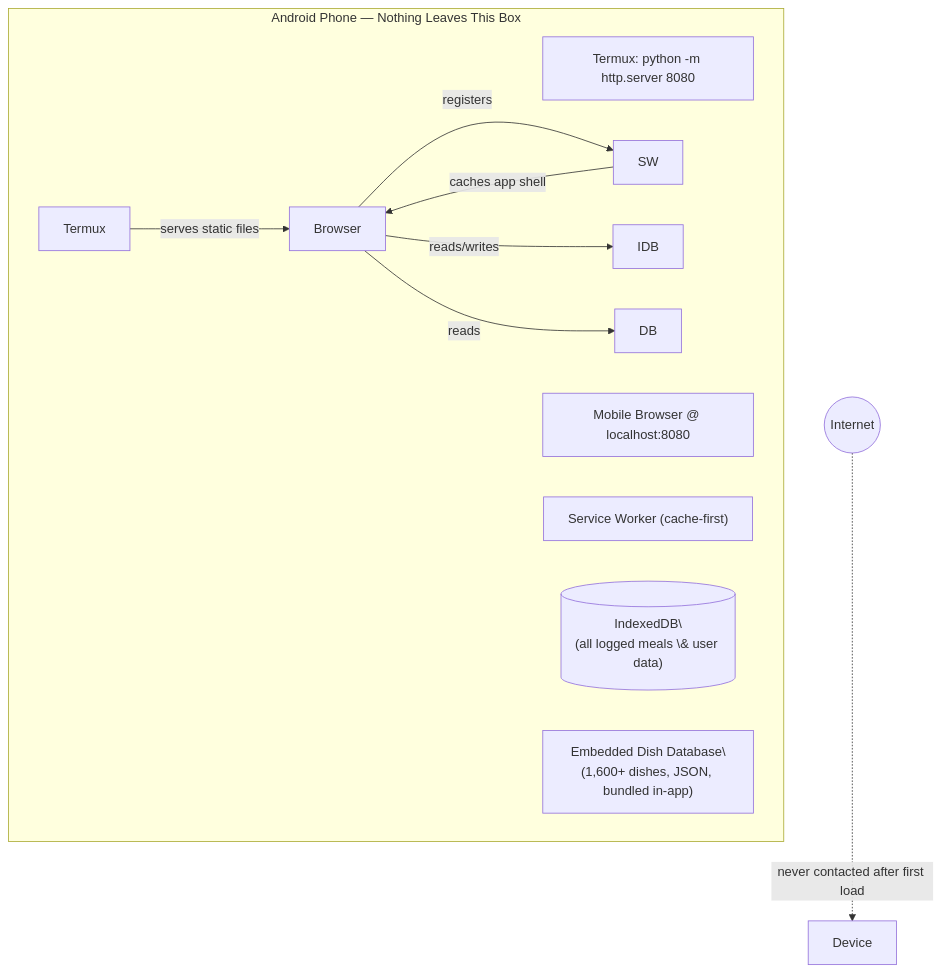
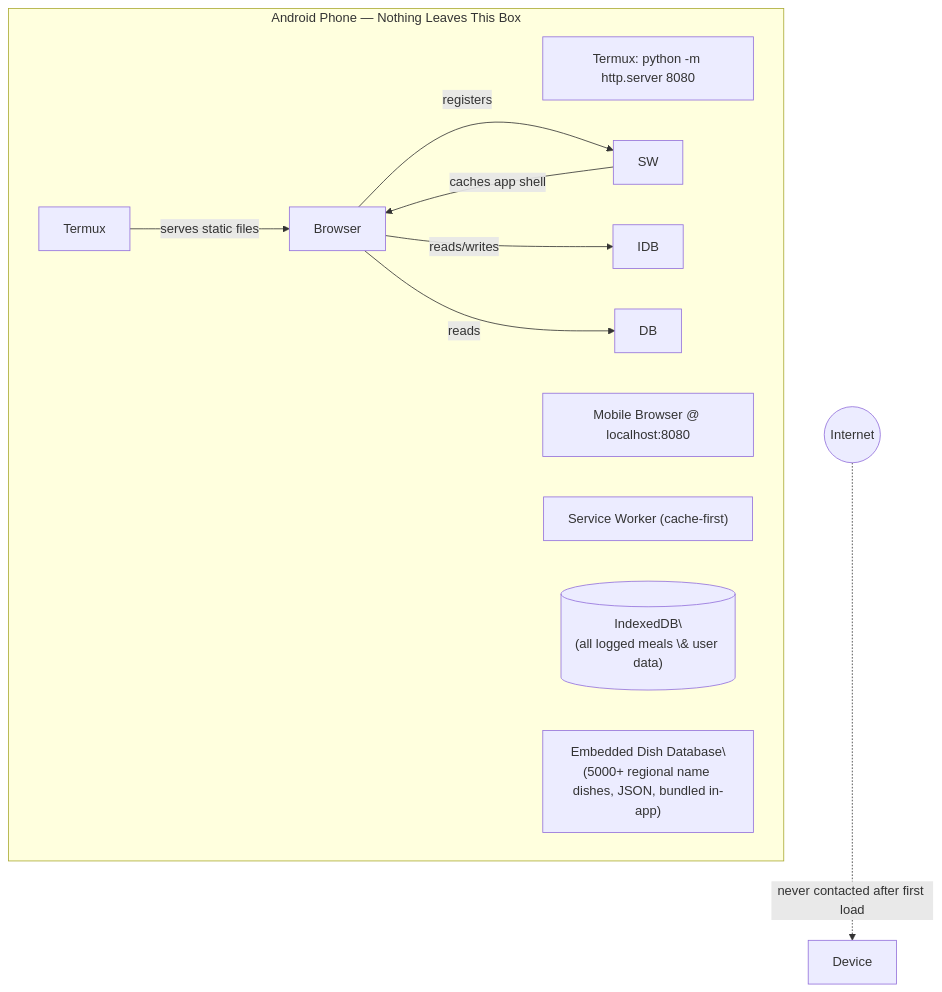
One commit to aadityanilajagi00918/Meal-Mind changed the diagram in README.md. Above: the diagram before and after it, drawn with Mermaid.

````diff
--- a/README.md
+++ b/README.md
@@ -41,18 +41,18 @@
 ```mermaid
 flowchart TB
     subgraph Device\["Android Phone — Nothing Leaves This Box"]
         Termux\["Termux: python -m http.server 8080"]
         Browser\["Mobile Browser @ localhost:8080"]
         SW\["Service Worker (cache-first)"]
         IDB\[("IndexedDB\\n(all logged meals \& user data)")]
-        DB\["Embedded Dish Database\\n(1,600+ dishes, JSON, bundled in-app)"]
+        DB\["Embedded Dish Database\\n(5000+ regional name dishes, JSON, bundled in-app)"]
 
         Termux -- "serves static files" --> Browser
         Browser -- "registers" --> SW
         SW -- "caches app shell" --> Browser
         Browser -- "reads/writes" --> IDB
         Browser -- "reads" --> DB
     end
 
     Internet(("Internet")) -.->|"never contacted after first load"| Device
 ```
````
